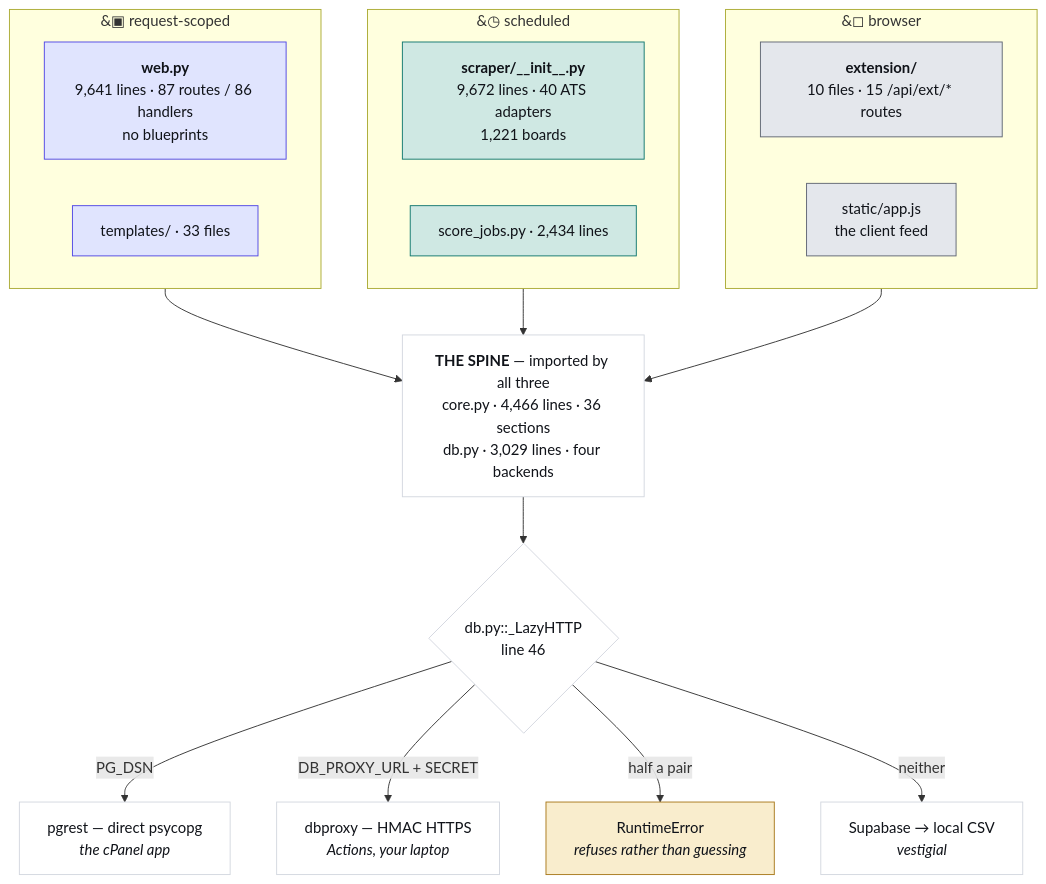
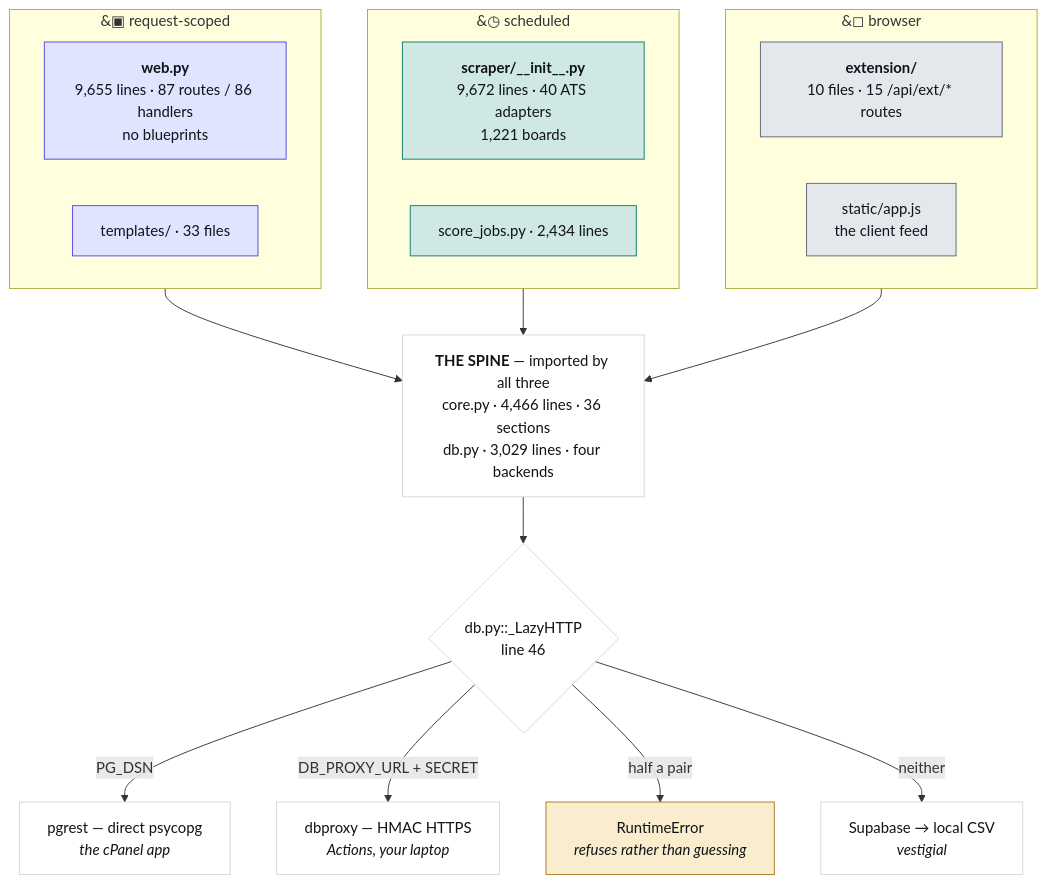
Before and after one commit to hadakunal909-debug/job-search-tool: the first of 4 diagrams in JobMatch Scraper/docs/ARCHITECTURE.md, drawn with Mermaid. The commit also changed other lines of this file and 8 other files, not shown here.

````diff
--- a/JobMatch Scraper/docs/ARCHITECTURE.md
+++ b/JobMatch Scraper/docs/ARCHITECTURE.md
@@ -45,34 +45,34 @@
 ```mermaid
 flowchart TB
   subgraph REQ["&#9635; request-scoped"]
-    W["<b>web.py</b><br/>9,641 lines · 87 routes / 86 handlers<br/>no blueprints"]
+    W["<b>web.py</b><br/>9,655 lines · 87 routes / 86 handlers<br/>no blueprints"]
     T["templates/ · 33 files"]
   end
   subgraph SCH["&#9719; scheduled"]
     S["<b>scraper/__init__.py</b><br/>9,672 lines · 40 ATS adapters<br/>1,221 boards"]
     J["score_jobs.py · 2,434 lines"]
   end
   subgraph CLI["&#9723; browser"]
     E["<b>extension/</b><br/>10 files · 15 /api/ext/* routes"]
     A["static/app.js<br/>the client feed"]
   end
   SPINE["<b>THE SPINE</b> — imported by all three<br/>core.py · 4,466 lines · 36 sections<br/>db.py · 3,029 lines · four backends"]
   REQ --> SPINE
   SCH --> SPINE
   CLI --> SPINE
   SPINE --> D{"db.py::_LazyHTTP<br/>line 46"}
   D -->|"PG_DSN"| P["pgrest — direct psycopg<br/><i>the cPanel app</i>"]
   D -->|"DB_PROXY_URL + SECRET"| X["dbproxy — HMAC HTTPS<br/><i>Actions, your laptop</i>"]
   D -->|"half a pair"| R["RuntimeError<br/><i>refuses rather than guessing</i>"]
   D -->|"neither"| V["Supabase → local CSV<br/><i>vestigial</i>"]
   classDef web fill:#e0e4fe,stroke:#4f46e5,color:#101319
   classDef sched fill:#cfe8e3,stroke:#0f766e,color:#101319
   classDef client fill:#e4e7ec,stroke:#5f6573,color:#101319
   classDef trap fill:#f9edcd,stroke:#a8781a,color:#101319
   classDef plain fill:#ffffff,stroke:#d3d7df,color:#101319
   class W,T web
   class S,J sched
   class E,A client
   class R trap
   class SPINE,D,P,X,V plain
 ```
````
